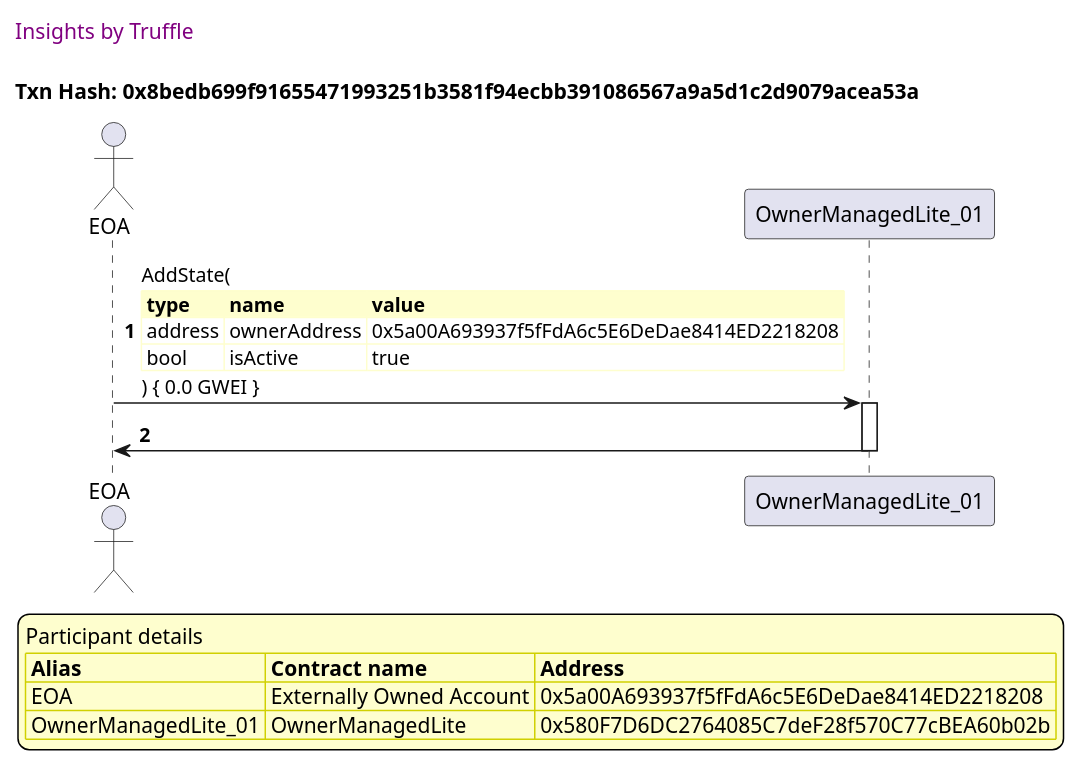
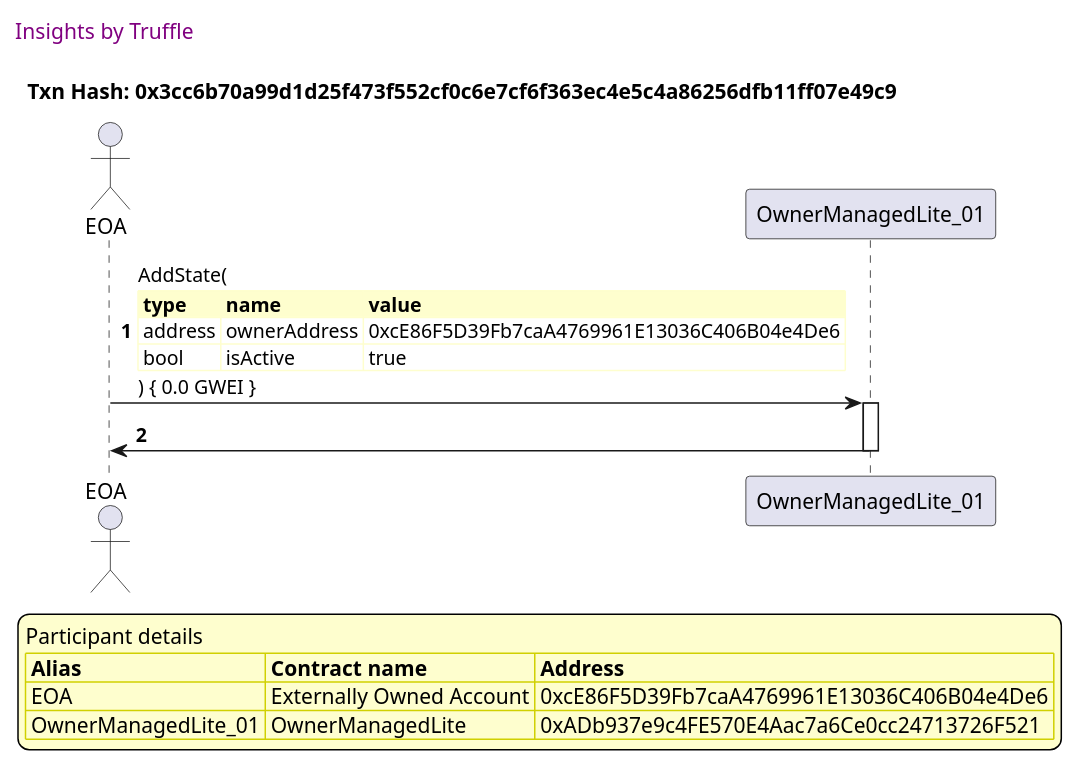
One commit to thedarkjester/ConsensysAssignment changed the eighth of 28 diagrams in truffle-seq/OwnerManagedLite_test_required_owners_amount.md. Above: the diagram before and after it, drawn with PlantUML. The commit also changed other lines of this file and 13 other files, not shown here.

````diff
--- a/truffle-seq/OwnerManagedLite_test_required_owners_amount.md
+++ b/truffle-seq/OwnerManagedLite_test_required_owners_amount.md
@@ -342,41 +342,41 @@
 ```plantuml
 
 
 @startuml
 
 autonumber
 skinparam legendBackgroundColor #FEFECE
 
 <style>
       header {
         HorizontalAlignment left
         FontColor purple
         FontSize 14
         Padding 10
       }
     </style>
 
 header Insights by Truffle
 
-title Txn Hash: 0x8bedb699f91655471993251b3581f94ecbb391086567a9a5d1c2d9079acea53a
+title Txn Hash: 0x3cc6b70a99d1d25f473f552cf0c6e7cf6f363ec4e5c4a86256dfb11ff07e49c9
 
 
 actor EOA as "EOA"
 participant OwnerManagedLite_01 as "OwnerManagedLite_01"
 
 "EOA" -> "OwnerManagedLite_01" ++: AddState(\n\
 <#FEFECE,#FEFECE>|= type |= name |= value |\n\
-| address | ownerAddress | 0x5a00A693937f5fFdA6c5E6DeDae8414ED2218208 |\n\
+| address | ownerAddress | 0xcE86F5D39Fb7caA4769961E13036C406B04e4De6 |\n\
 | bool | isActive | true |\n\
 ) { 0.0 GWEI }
 "OwnerManagedLite_01" -> "EOA" --: 
 
 legend
 Participant details
 <#FEFECE,#D0D000>|= Alias |= Contract name |= Address |
-<#FEFECE>| EOA | Externally Owned Account | 0x5a00A693937f5fFdA6c5E6DeDae8414ED2218208 |
-<#FEFECE>| OwnerManagedLite_01 | OwnerManagedLite | 0x580F7D6DC2764085C7deF28f570C77cBEA60b02b |
+<#FEFECE>| EOA | Externally Owned Account | 0xcE86F5D39Fb7caA4769961E13036C406B04e4De6 |
+<#FEFECE>| OwnerManagedLite_01 | OwnerManagedLite | 0xADb937e9c4FE570E4Aac7a6Ce0cc24713726F521 |
 endlegend
 
 @enduml
 ```
````
